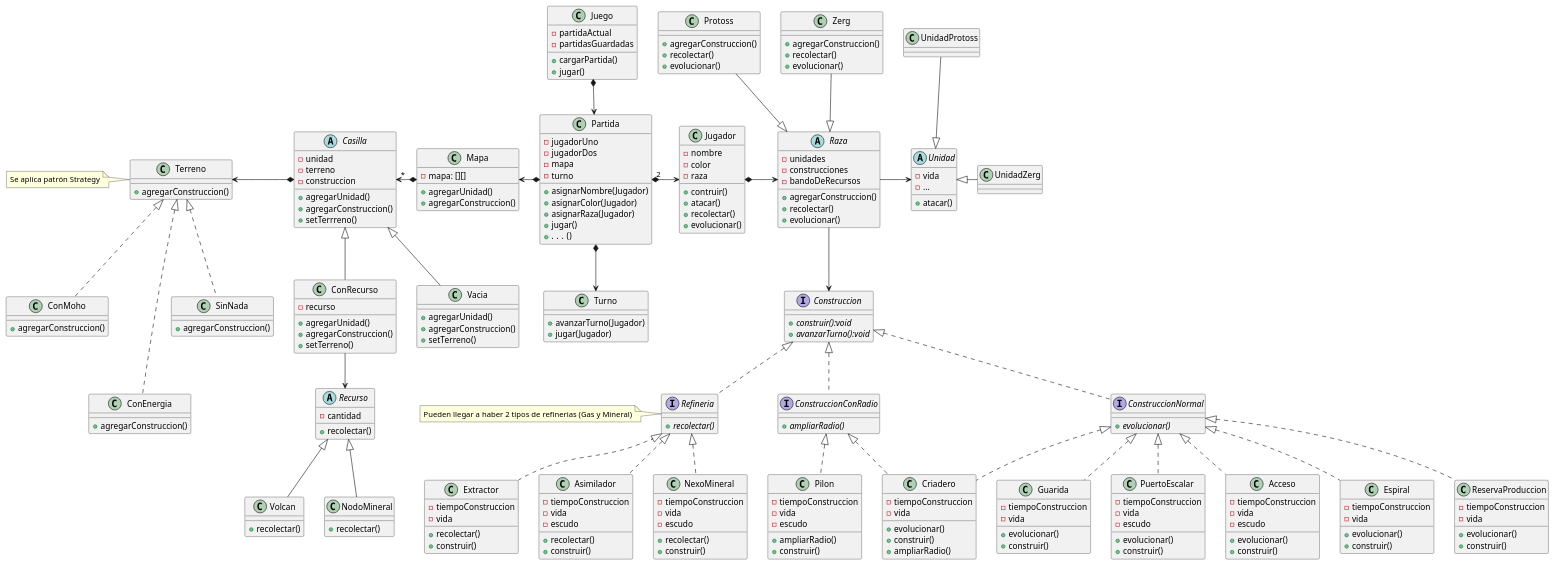
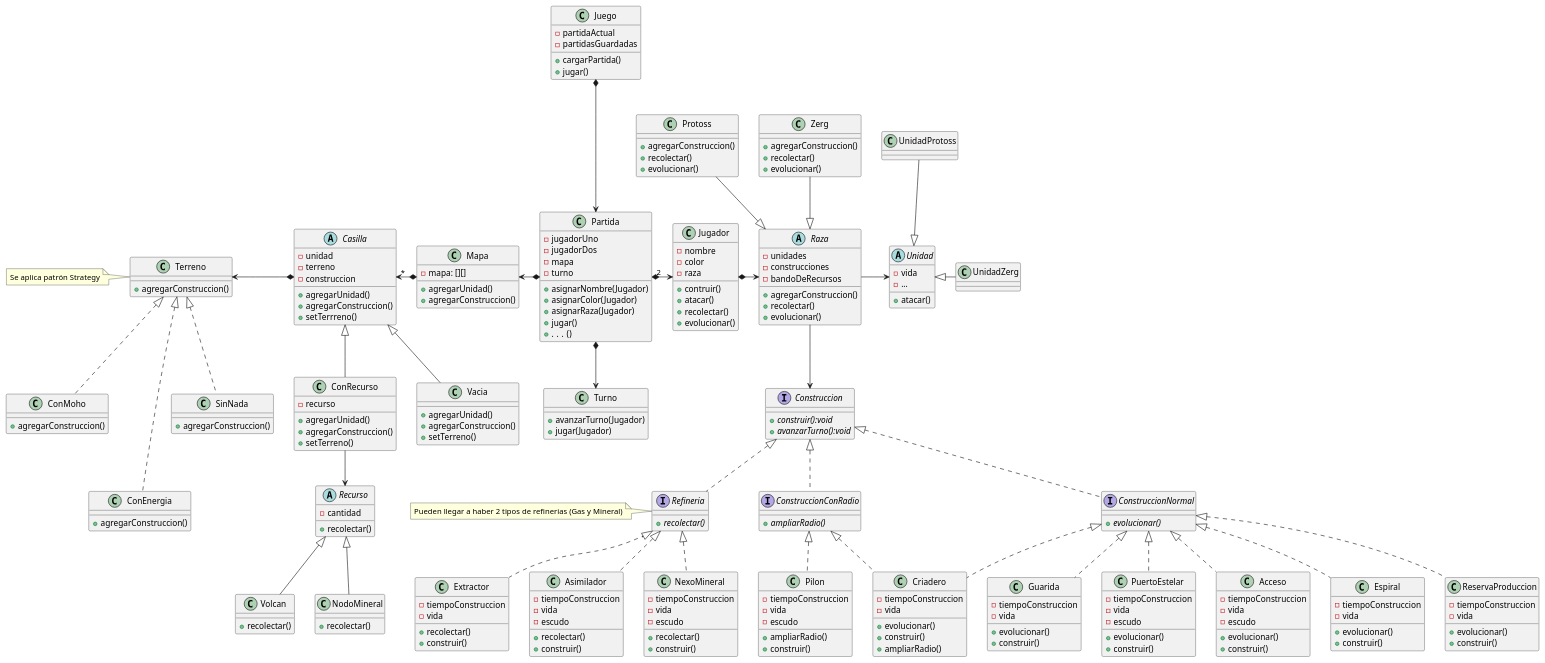
The diagram in diagrams/classes/ModeloGeneralVersion02.puml (GiaWong/Algo3_TP2_2C2022), drawn with PlantUML before and after one commit. The commit also changed 31 other files, not shown here.

```diff
--- a/diagrams/classes/ModeloGeneralVersion02.puml
+++ b/diagrams/classes/ModeloGeneralVersion02.puml
@@ -152,7 +152,7 @@
 
 }
 
-class PuertoEscalar {
+class PuertoEstelar {
     - tiempoConstruccion
     - vida
     +evolucionar()
@@ -241,7 +241,7 @@
 
 
 
-Juego *--> Partida
+Juego *---> Partida
 Partida "2" *-> Jugador
 Mapa <-* Partida
 Partida *--> Turno
@@ -256,11 +256,9 @@
 Raza-->Construccion
 
 
-
 Construccion <|.. Refineria
 Construccion <|.. ConstruccionConRadio
 Construccion <|.. ConstruccionNormal
-
 
 
 Refineria <|.. Extractor
@@ -268,21 +266,17 @@
 Refineria <|.. NexoMineral
 
 
-
-
 ConstruccionConRadio <|.. Criadero
 ConstruccionConRadio <|.. Pilon
-
-
-
 
 
 ConstruccionNormal <|.. Criadero
 ConstruccionNormal <|.. Espiral
 ConstruccionNormal <|.. ReservaProduccion
 ConstruccionNormal <|.. Guarida
-ConstruccionNormal <|.. PuertoEscalar
+ConstruccionNormal <|.. PuertoEstelar
 ConstruccionNormal <|.. Acceso
+
 
 Casilla "*" <-* Mapa
 Terreno <-* Casilla
@@ -292,6 +286,7 @@
 Terreno <|... ConEnergia
 Terreno <|.. SinNada
 
+
 ConRecurso --> Recurso
 Recurso <|-- Volcan
 Recurso <|-- NodoMineral
```
